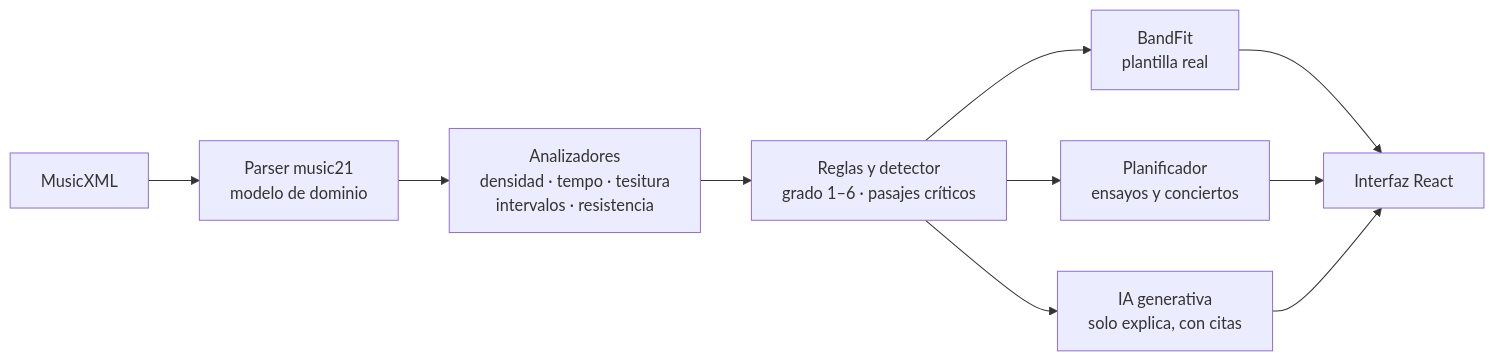
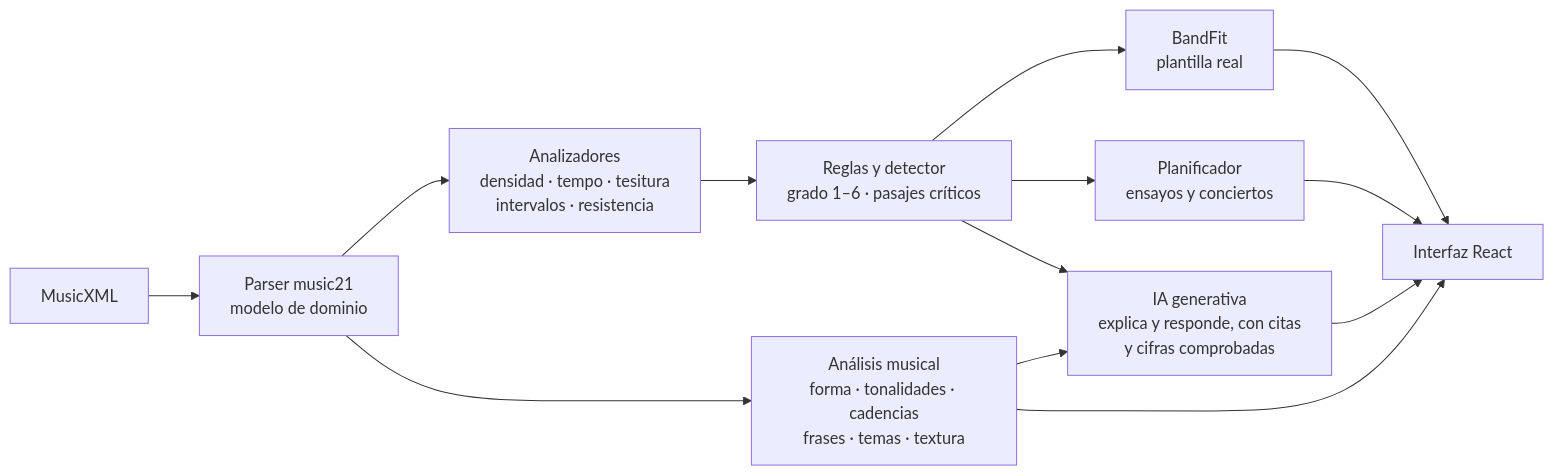
The diagram in README.md (monicamorenogomez76/scoremaster-ai), drawn with Mermaid before and after one commit. The commit also changed other lines of this file and 7 other files, not shown here.

First line of the commit message:
docs: la documentación y la presentación del TFM recogen el análisis musical y las preguntas a la IA (#228)

````diff
--- a/README.md
+++ b/README.md
@@ -51,12 +59,15 @@
 ```mermaid
 flowchart LR
     A[MusicXML] --> B[Parser music21<br/>modelo de dominio]
     B --> C[Analizadores<br/>densidad · tempo · tesitura<br/>intervalos · resistencia]
     C --> D[Reglas y detector<br/>grado 1–6 · pasajes críticos]
     D --> E[BandFit<br/>plantilla real]
     D --> F[Planificador<br/>ensayos y conciertos]
-    D --> G[IA generativa<br/>solo explica, con citas]
+    B --> M[Análisis musical<br/>forma · tonalidades · cadencias<br/>frases · temas · textura]
+    D --> G[IA generativa<br/>explica y responde, con citas<br/>y cifras comprobadas]
+    M --> G
+    M --> H
     E --> H[Interfaz React]
     F --> H
     G --> H
 ```
````
